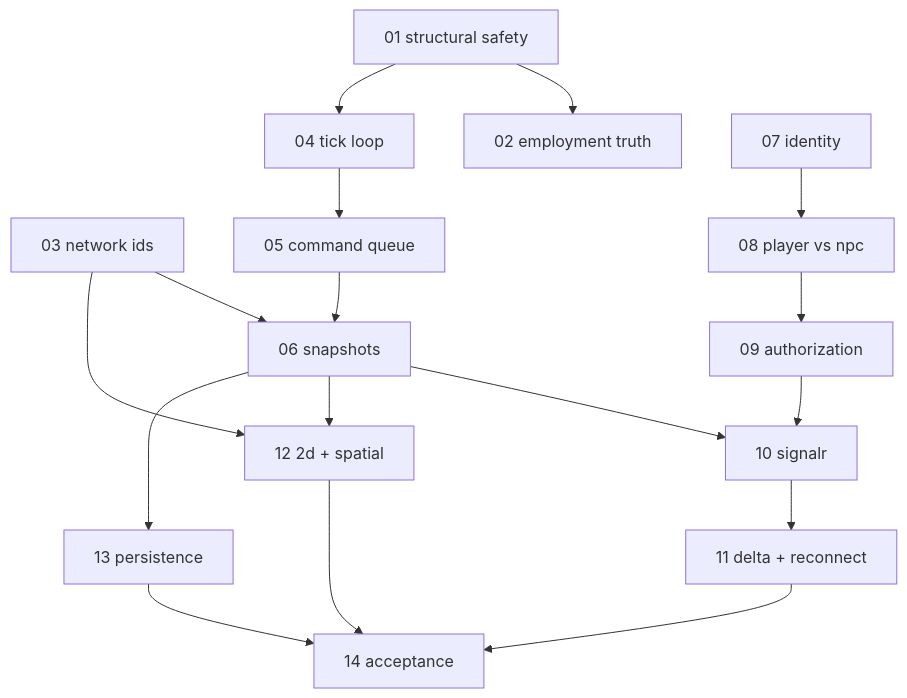
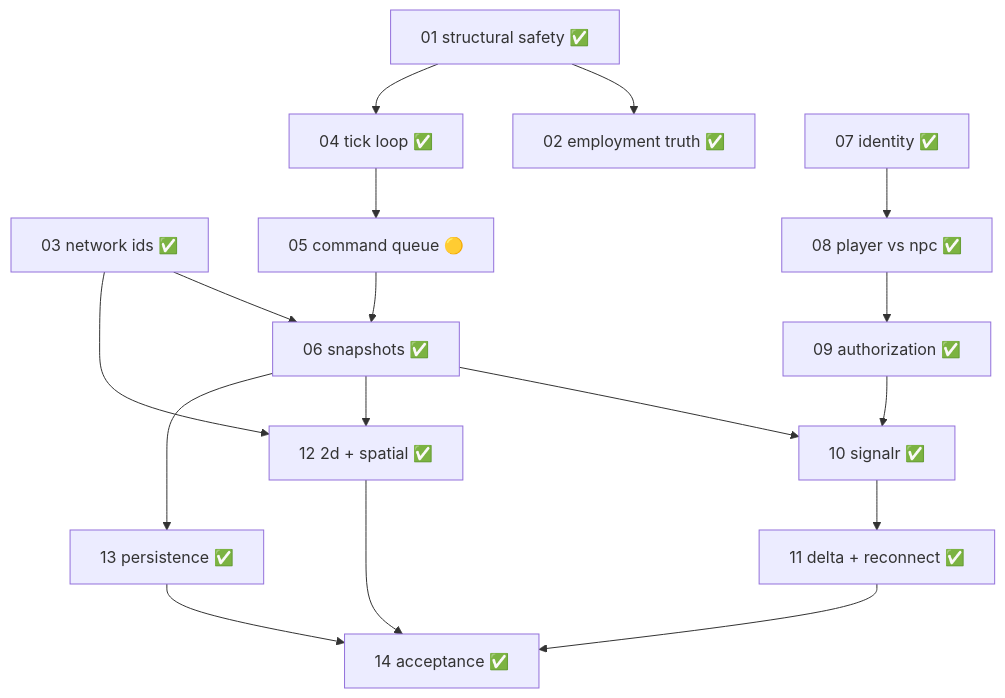
Before and after one commit to takethispie/GeneLife: the diagram in docs/plans/multiplayer-v1/README.md, drawn with Mermaid. The commit also changed other lines of this file and 52 other files, not shown here.

````diff
--- a/docs/plans/multiplayer-v1/README.md
+++ b/docs/plans/multiplayer-v1/README.md
@@ -7,19 +9,19 @@
 ```mermaid
 flowchart TD
-    S01[01 structural safety] --> S02[02 employment truth]
-    S01 --> S04[04 tick loop]
-    S03[03 network ids] --> S06[06 snapshots]
-    S04 --> S05[05 command queue]
+    S01[01 structural safety ✅] --> S02[02 employment truth ✅]
+    S01 --> S04[04 tick loop ✅]
+    S03[03 network ids ✅] --> S06[06 snapshots ✅]
+    S04 --> S05[05 command queue 🟡]
     S05 --> S06
-    S07[07 identity] --> S08[08 player vs npc]
-    S08 --> S09[09 authorization]
-    S06 --> S10[10 signalr]
+    S07[07 identity ✅] --> S08[08 player vs npc ✅]
+    S08 --> S09[09 authorization ✅]
+    S06 --> S10[10 signalr ✅]
     S09 --> S10
-    S10 --> S11[11 delta + reconnect]
-    S03 --> S12[12 2d + spatial]
+    S10 --> S11[11 delta + reconnect ✅]
+    S03 --> S12[12 2d + spatial ✅]
     S06 --> S12
-    S06 --> S13[13 persistence]
-    S11 --> S14[14 acceptance]
+    S06 --> S13[13 persistence ✅]
+    S11 --> S14[14 acceptance ✅]
     S12 --> S14
     S13 --> S14
 ```
````
